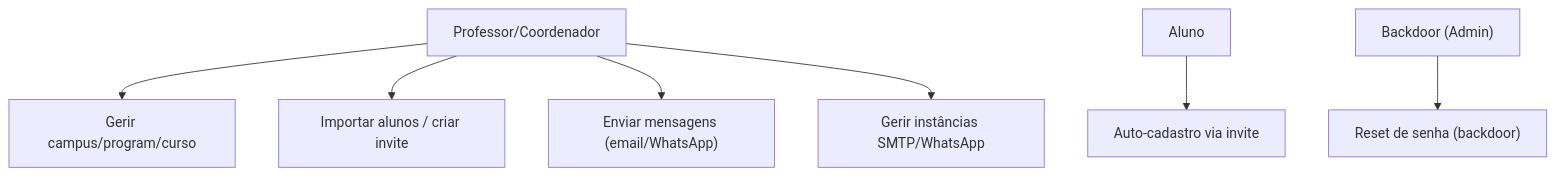
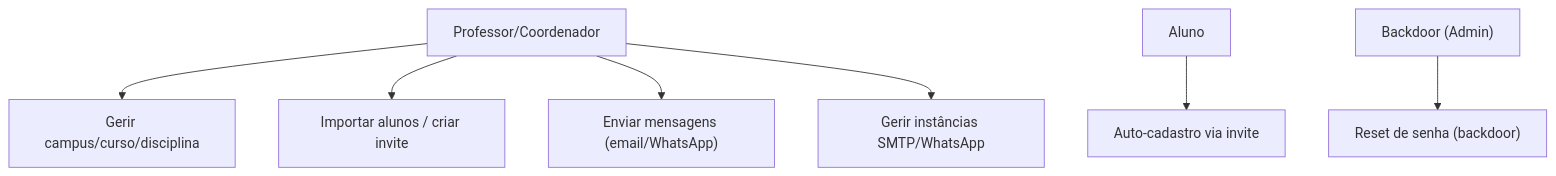
Before and after one commit to ThalysSilva/unicast-backend: the eighth of 8 diagrams in README.md, drawn with Mermaid. The commit also changed other lines of this file and 25 other files, not shown here.

````diff
--- a/README.md
+++ b/README.md
@@ -424,20 +427,20 @@
 ```mermaid
 flowchart TB
     Professor["Professor/Coordenador"]
     Aluno["Aluno"]
     Admin["Backdoor (Admin)"]
 
-    C1["Gerir campus/program/curso"]
+    C1["Gerir campus/curso/disciplina"]
     C2["Importar alunos / criar invite"]
     C3["Auto-cadastro via invite"]
     C4["Enviar mensagens (email/WhatsApp)"]
     C5["Gerir instâncias SMTP/WhatsApp"]
     C6["Reset de senha (backdoor)"]
 
     Professor --> C1
     Professor --> C2
     Professor --> C4
     Professor --> C5
     Aluno --> C3
     Admin --> C6
 ```
````
